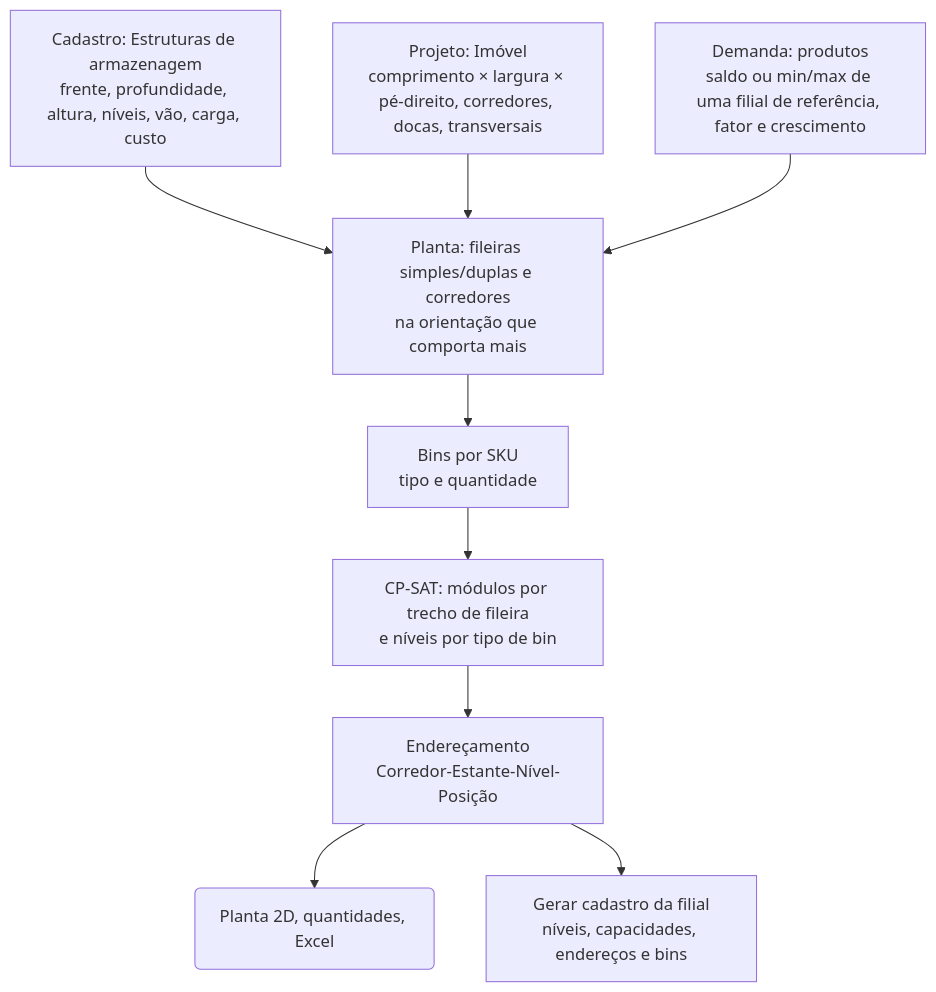
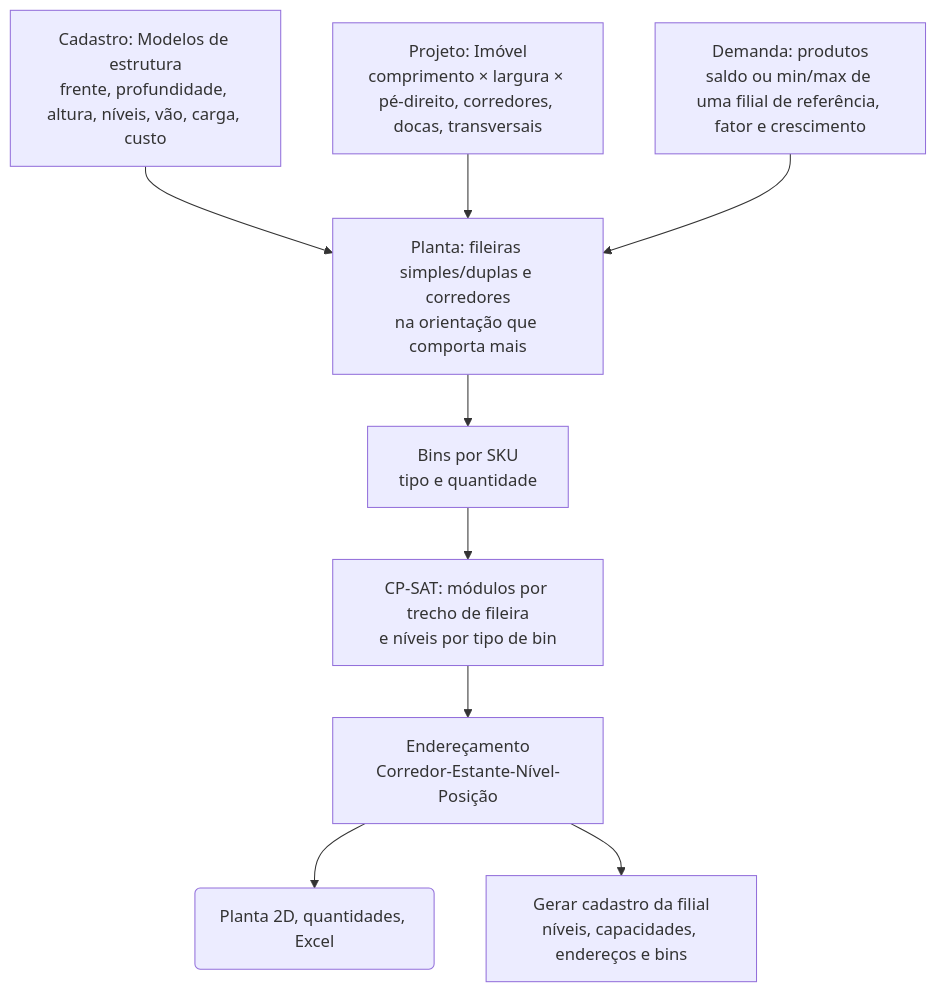
One commit to xflprflx/storage-optimization changed the fifth of 5 diagrams in README.md. Above: the diagram before and after it, drawn with Mermaid. The commit also changed other lines of this file and 30 other files, not shown here.

First line of the commit message:
Renomeia Estruturas de armazenagem para Modelos de estrutura

````diff
--- a/README.md
+++ b/README.md
@@ -243,11 +243,11 @@
 ```mermaid
 flowchart TD
-    A[Cadastro: Estruturas de armazenagem\nfrente, profundidade, altura, níveis, vão, carga, custo] --> C
+    A[Cadastro: Modelos de estrutura\nfrente, profundidade, altura, níveis, vão, carga, custo] --> C
     B[Projeto: Imóvel\ncomprimento × largura × pé-direito, corredores, docas, transversais] --> C
     D[Demanda: produtos\nsaldo ou min/max de uma filial de referência, fator e crescimento] --> C
     C[Planta: fileiras simples/duplas e corredores\nna orientação que comporta mais] --> E[Bins por SKU\ntipo e quantidade]
     E --> F[CP-SAT: módulos por trecho de fileira\ne níveis por tipo de bin]
     F --> G[Endereçamento\nCorredor-Estante-Nível-Posição]
     G --> H(Planta 2D, quantidades, Excel)
     G --> I[Gerar cadastro da filial\nníveis, capacidades, endereços e bins]
 ```
````
